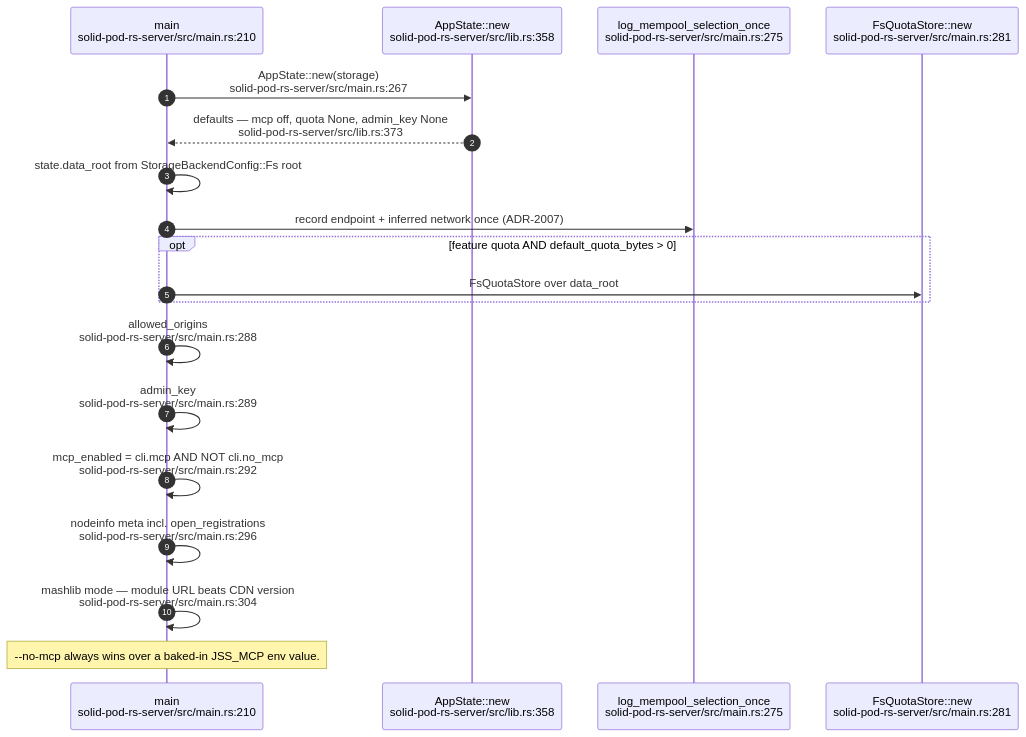
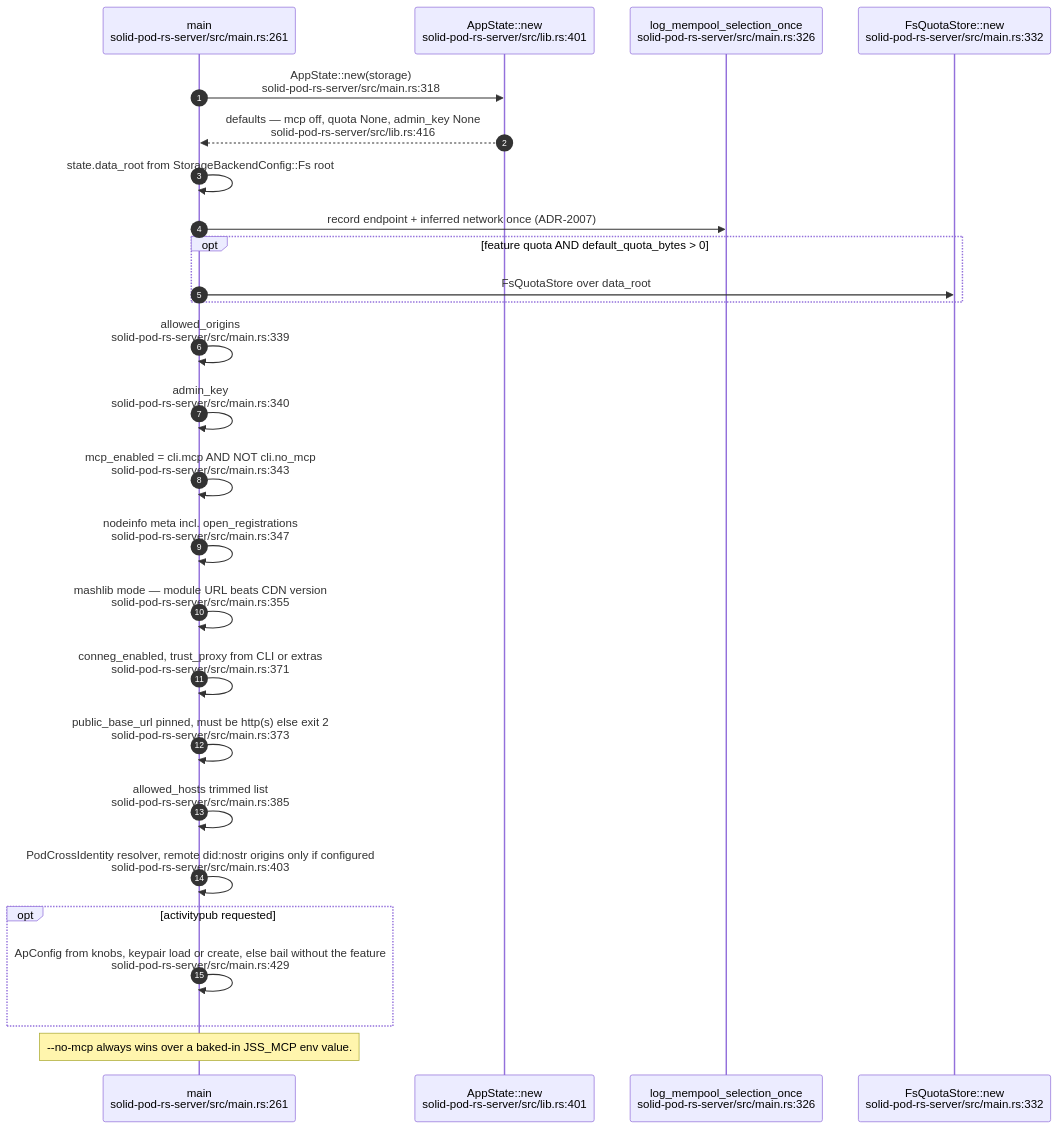
Before and after one commit to DreamLab-AI/VisionFlow: the second of 11 diagrams in docs/diagrams/solid-pod-rs/02-server-boot-and-routes.md, drawn with Mermaid. The commit also changed other lines of this file and 160 other files, not shown here.

````diff
--- a/docs/diagrams/solid-pod-rs/02-server-boot-and-routes.md
+++ b/docs/diagrams/solid-pod-rs/02-server-boot-and-routes.md
@@ -58,22 +59,29 @@
 ```mermaid
 sequenceDiagram
     autonumber
-    participant M as main<br/>solid-pod-rs-server/src/main.rs:210
-    participant S as AppState::new<br/>solid-pod-rs-server/src/lib.rs:358
-    participant MP as log_mempool_selection_once<br/>solid-pod-rs-server/src/main.rs:275
-    participant Q as FsQuotaStore::new<br/>solid-pod-rs-server/src/main.rs:281
+    participant M as main<br/>solid-pod-rs-server/src/main.rs:261
+    participant S as AppState::new<br/>solid-pod-rs-server/src/lib.rs:401
+    participant MP as log_mempool_selection_once<br/>solid-pod-rs-server/src/main.rs:326
+    participant Q as FsQuotaStore::new<br/>solid-pod-rs-server/src/main.rs:332
 
-    M->>S: AppState::new(storage)<br/>solid-pod-rs-server/src/main.rs:267
-    S-->>M: defaults — mcp off, quota None, admin_key None<br/>solid-pod-rs-server/src/lib.rs:373
+    M->>S: AppState::new(storage)<br/>solid-pod-rs-server/src/main.rs:318
+    S-->>M: defaults — mcp off, quota None, admin_key None<br/>solid-pod-rs-server/src/lib.rs:416
     M->>M: state.data_root from StorageBackendConfig::Fs root
     M->>MP: record endpoint + inferred network once (ADR-2007)
     opt feature quota AND default_quota_bytes > 0
         M->>Q: FsQuotaStore over data_root
     end
-    M->>M: allowed_origins<br/>solid-pod-rs-server/src/main.rs:288
-    M->>M: admin_key<br/>solid-pod-rs-server/src/main.rs:289
-    M->>M: mcp_enabled = cli.mcp AND NOT cli.no_mcp<br/>solid-pod-rs-server/src/main.rs:292
-    M->>M: nodeinfo meta incl. open_registrations<br/>solid-pod-rs-server/src/main.rs:296
-    M->>M: mashlib mode — module URL beats CDN version<br/>solid-pod-rs-server/src/main.rs:304
+    M->>M: allowed_origins<br/>solid-pod-rs-server/src/main.rs:339
+    M->>M: admin_key<br/>solid-pod-rs-server/src/main.rs:340
+    M->>M: mcp_enabled = cli.mcp AND NOT cli.no_mcp<br/>solid-pod-rs-server/src/main.rs:343
+    M->>M: nodeinfo meta incl. open_registrations<br/>solid-pod-rs-server/src/main.rs:347
+    M->>M: mashlib mode — module URL beats CDN version<br/>solid-pod-rs-server/src/main.rs:355
+    M->>M: conneg_enabled, trust_proxy from CLI or extras<br/>solid-pod-rs-server/src/main.rs:371
+    M->>M: public_base_url pinned, must be http(s) else exit 2<br/>solid-pod-rs-server/src/main.rs:373
+    M->>M: allowed_hosts trimmed list<br/>solid-pod-rs-server/src/main.rs:385
+    M->>M: PodCrossIdentity resolver, remote did:nostr origins only if configured<br/>solid-pod-rs-server/src/main.rs:403
+    opt activitypub requested
+        M->>M: ApConfig from knobs, keypair load or create, else bail without the feature<br/>solid-pod-rs-server/src/main.rs:429
+    end
     Note over M: --no-mcp always wins over a baked-in JSS_MCP env value.
 ```
````
